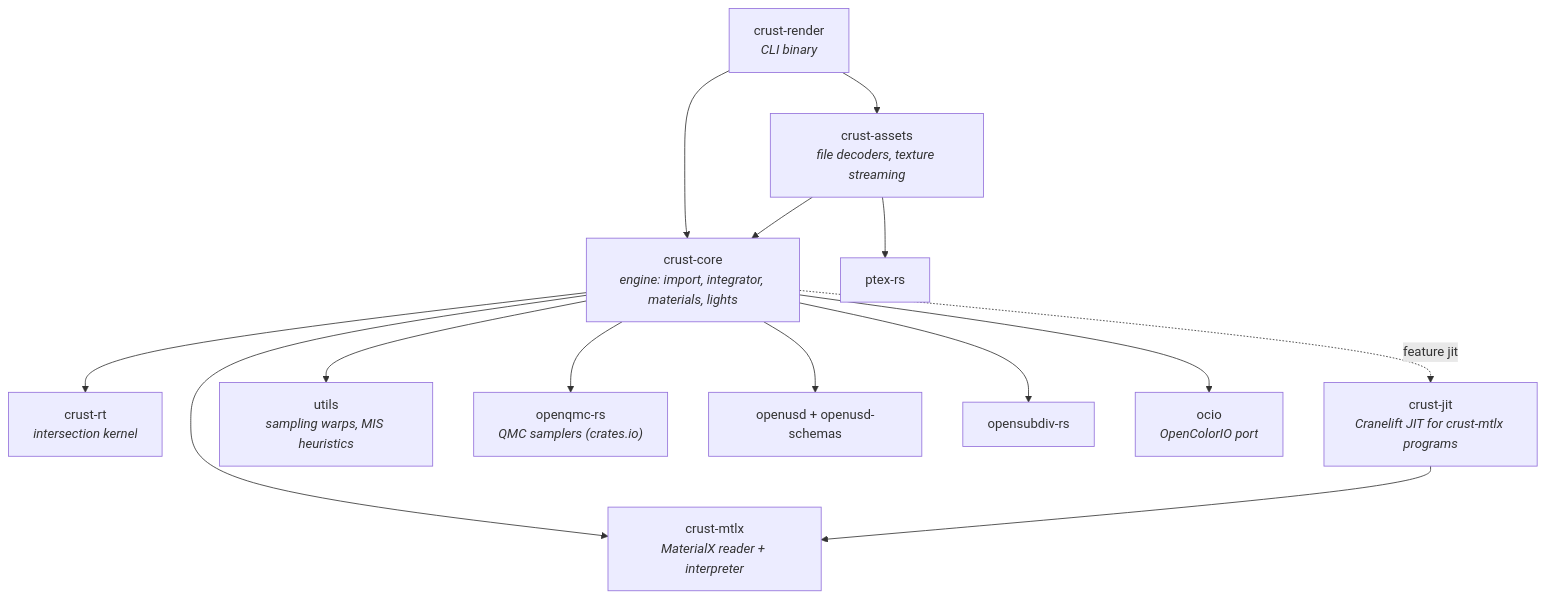
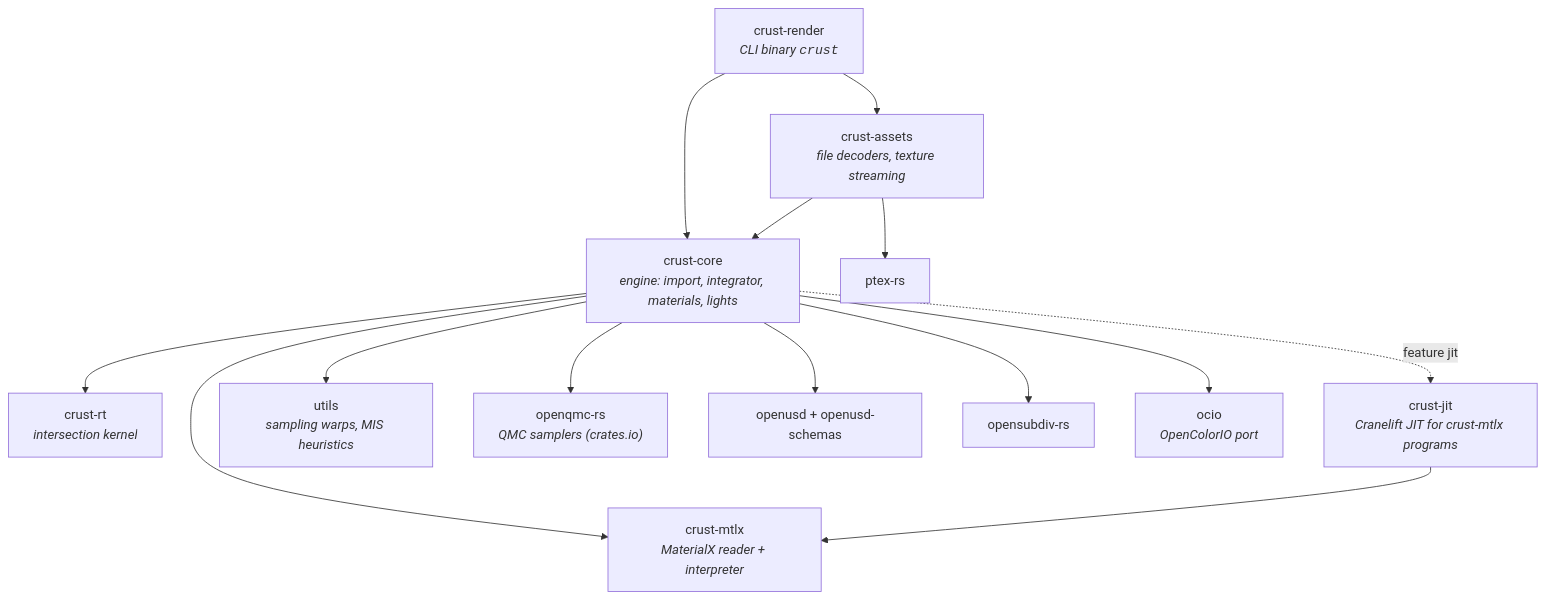
Before and after one commit to doubleailes/crust-render: the diagram in docs/architecture.md, drawn with Mermaid. The commit also changed 26 other files, not shown here.

First line of the commit message:
Rename the CLI binary from crust-render to crust

````diff
--- a/docs/architecture.md
+++ b/docs/architecture.md
@@ -13,29 +13,29 @@
 ```mermaid
 graph TD
-    render["crust-render<br/><i>CLI binary</i>"]
+    render["crust-render<br/><i>CLI binary <code>crust</code></i>"]
     assets["crust-assets<br/><i>file decoders, texture streaming</i>"]
     core["crust-core<br/><i>engine: import, integrator, materials, lights</i>"]
     rt["crust-rt<br/><i>intersection kernel</i>"]
     mtlx["crust-mtlx<br/><i>MaterialX reader + interpreter</i>"]
     jit["crust-jit<br/><i>Cranelift JIT for crust-mtlx programs</i>"]
     utils["utils<br/><i>sampling warps, MIS heuristics</i>"]
     oqmc["openqmc-rs<br/><i>QMC samplers (crates.io)</i>"]
     usd["openusd + openusd-schemas"]
     ptex["ptex-rs"]
     osd["opensubdiv-rs"]
     ocio["ocio<br/><i>OpenColorIO port</i>"]
 
     render --> core
     render --> assets
     assets --> core
     assets --> ptex
     core --> rt
     core --> mtlx
     core -. "feature jit" .-> jit
     jit --> mtlx
     core --> utils
     core --> oqmc
     core --> usd
     core --> osd
     core --> ocio
 ```
````
